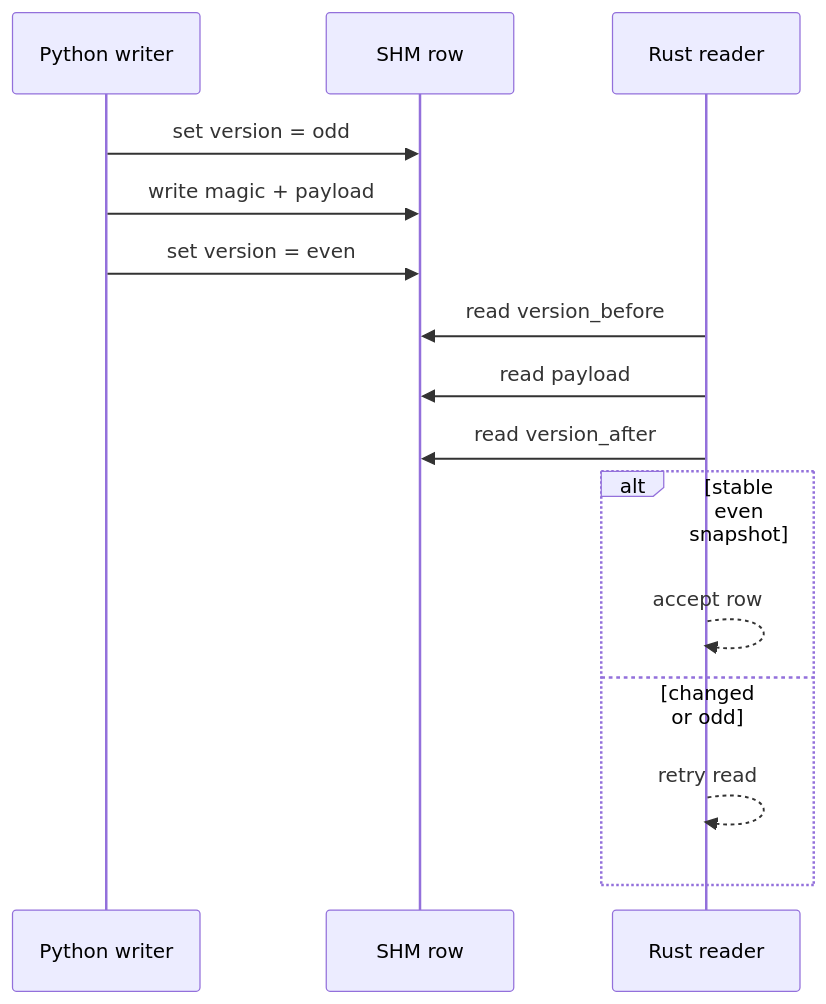
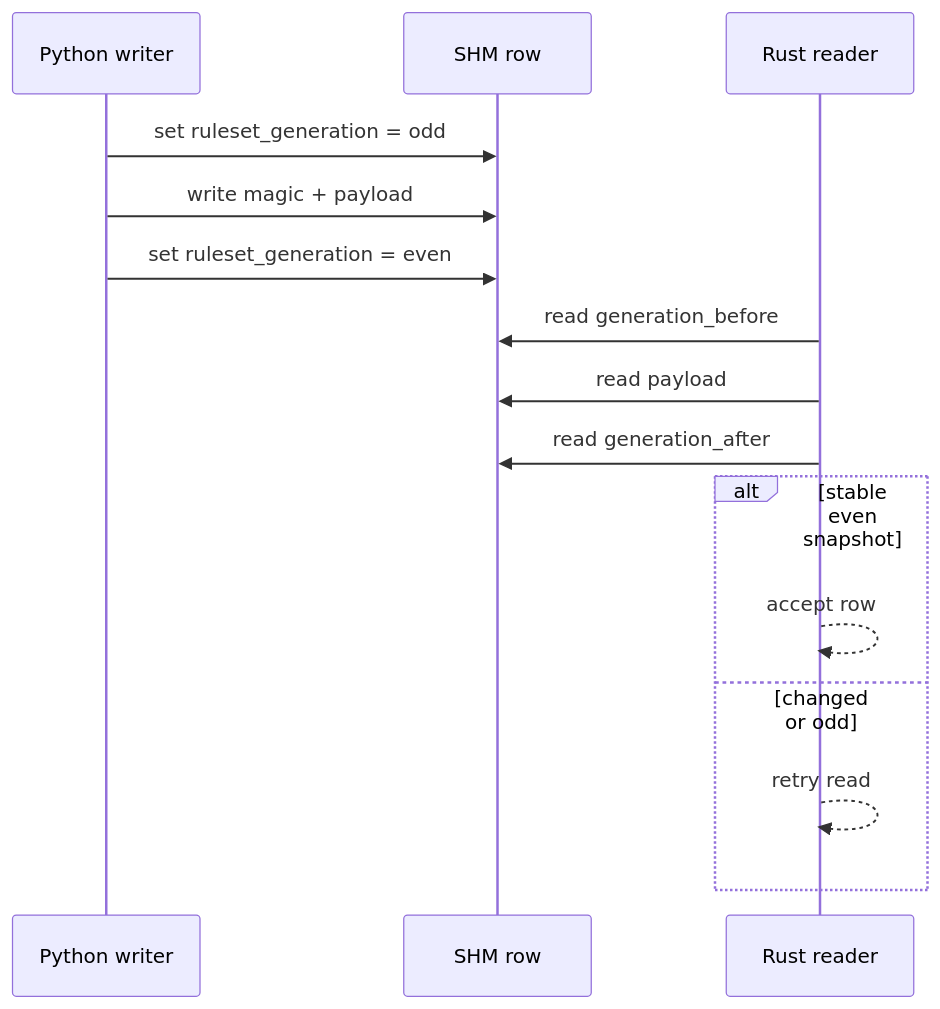
Before and after one commit to albertobadia/faultcore: the second of 3 diagrams in docs/shm_protocol.md, drawn with Mermaid. The commit also changed other lines of this file and 6 other files, not shown here.

````diff
--- a/docs/shm_protocol.md
+++ b/docs/shm_protocol.md
@@ -135,19 +135,19 @@
 ```mermaid
 sequenceDiagram
     participant Py as Python writer
     participant SHM as SHM row
     participant Rs as Rust reader
 
-    Py->>SHM: set version = odd
+    Py->>SHM: set ruleset_generation = odd
     Py->>SHM: write magic + payload
-    Py->>SHM: set version = even
+    Py->>SHM: set ruleset_generation = even
 
-    Rs->>SHM: read version_before
+    Rs->>SHM: read generation_before
     Rs->>SHM: read payload
-    Rs->>SHM: read version_after
+    Rs->>SHM: read generation_after
     alt stable even snapshot
         Rs-->>Rs: accept row
     else changed or odd
         Rs-->>Rs: retry read
     end
 ```
````
